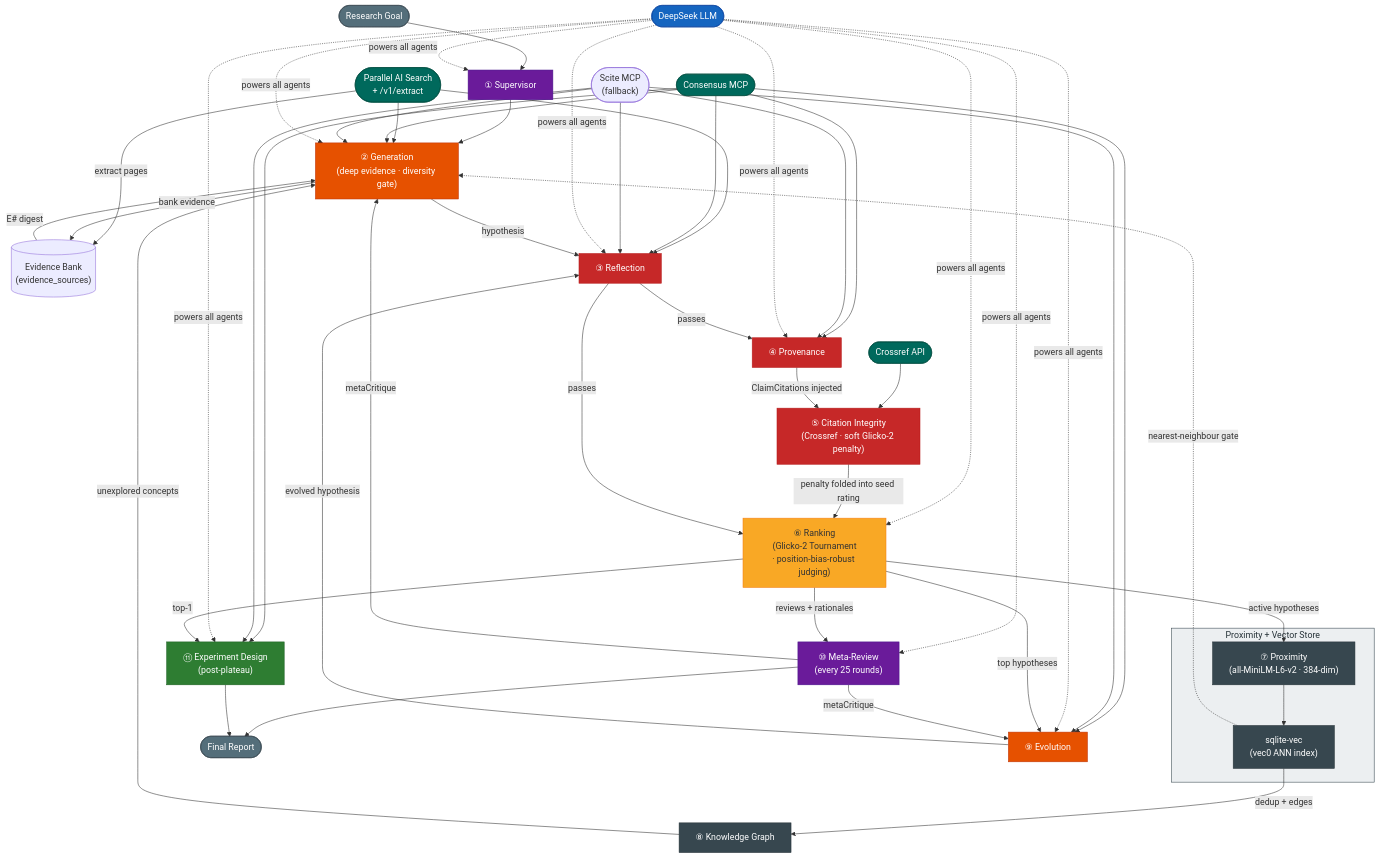
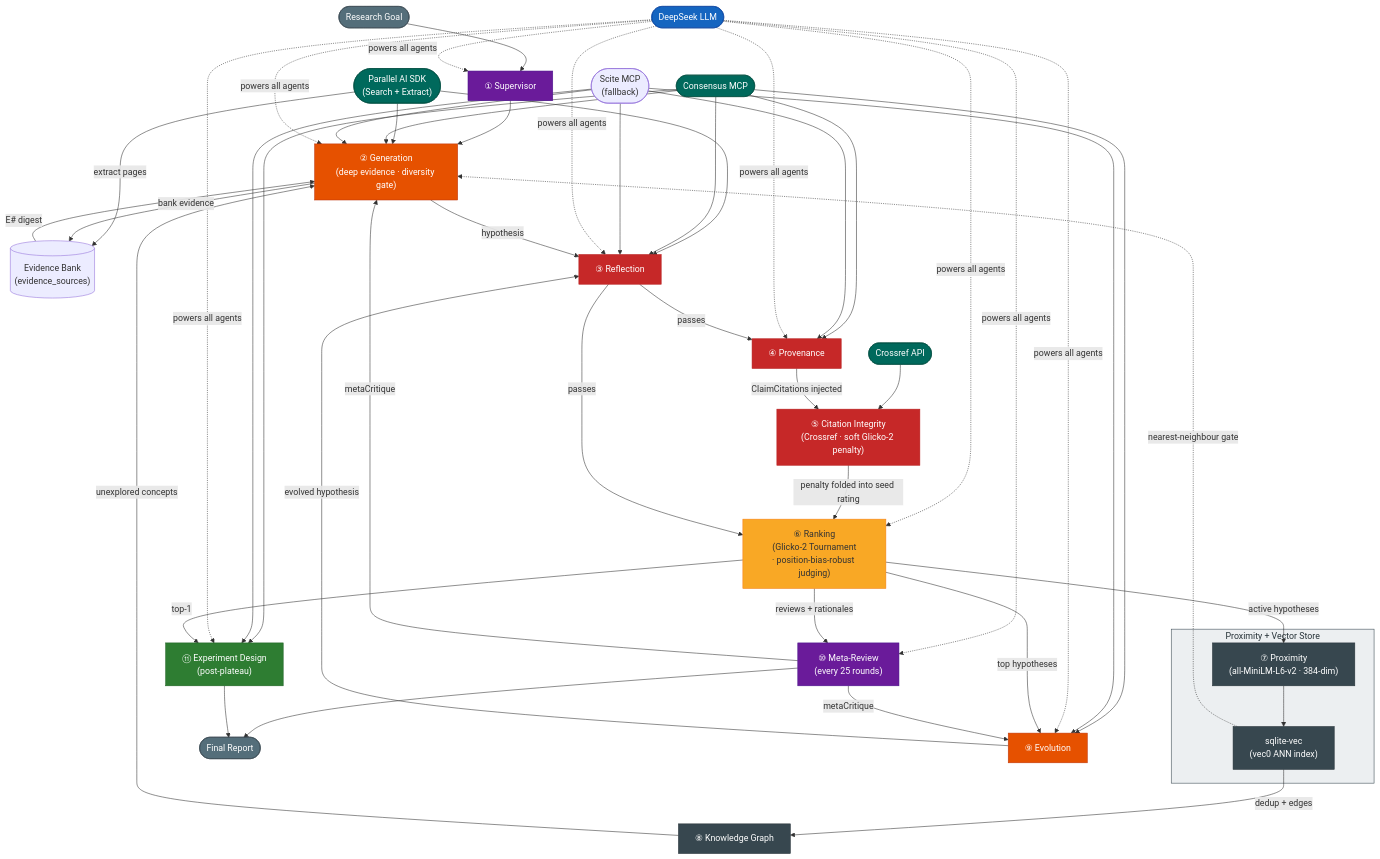
One commit to raktim-mondol/co-scientist changed the diagram in README.md. Above: the diagram before and after it, drawn with Mermaid. The commit also changed other lines of this file, not shown here.

Commit message:
docs: replace raw /v1/extract API path with SDK reference in README
The implementation uses the parallel-web npm SDK for both search and
extract, not raw curl calls. Updated the architecture diagram and text.

```diff
--- a/README.md
+++ b/README.md
@@ -497,7 +497,7 @@
     OUT(["Final Report"])
 
     DS(["DeepSeek LLM"])
-    PAI(["Parallel AI Search<br/>+ /v1/extract"])
+    PAI(["Parallel AI SDK<br/>(Search + Extract)"])
     CON(["Consensus MCP"])
     SCITE(["Scite MCP<br/>(fallback)"])
     XREF(["Crossref API"])
```
